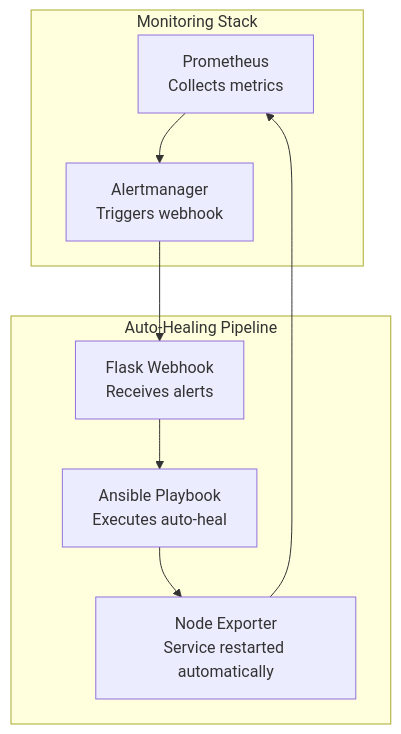
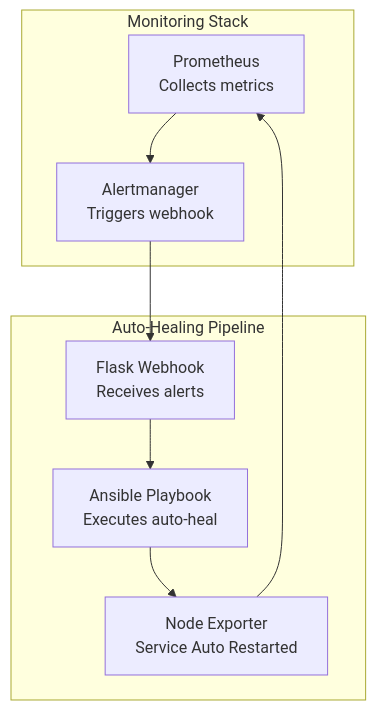
The diagram in README.MD (Vsethi44/Self-Healing-Infrastructure-with-Prometheus-Alertmanager-Ansible), drawn with Mermaid before and after one commit.

Commit message:
README.MD Updated

````diff
--- a/README.MD
+++ b/README.MD
@@ -1,14 +1,14 @@
 ```mermaid
 graph TD
     subgraph Monitoring_Stack["Monitoring Stack"]
         A[Prometheus<br/>Collects metrics] --> B[Alertmanager<br/>Triggers webhook]
     end
 
     subgraph Auto_Heal_Pipeline["Auto-Healing Pipeline"]
         B --> C[Flask Webhook<br/>Receives alerts]
         C --> D[Ansible Playbook<br/>Executes auto-heal]
-        D --> E[Node Exporter<br/>Service restarted automatically]
+        D --> E[Node Exporter<br/>Service Auto Restarted]
     end
 
     E --> A
 ```
````
